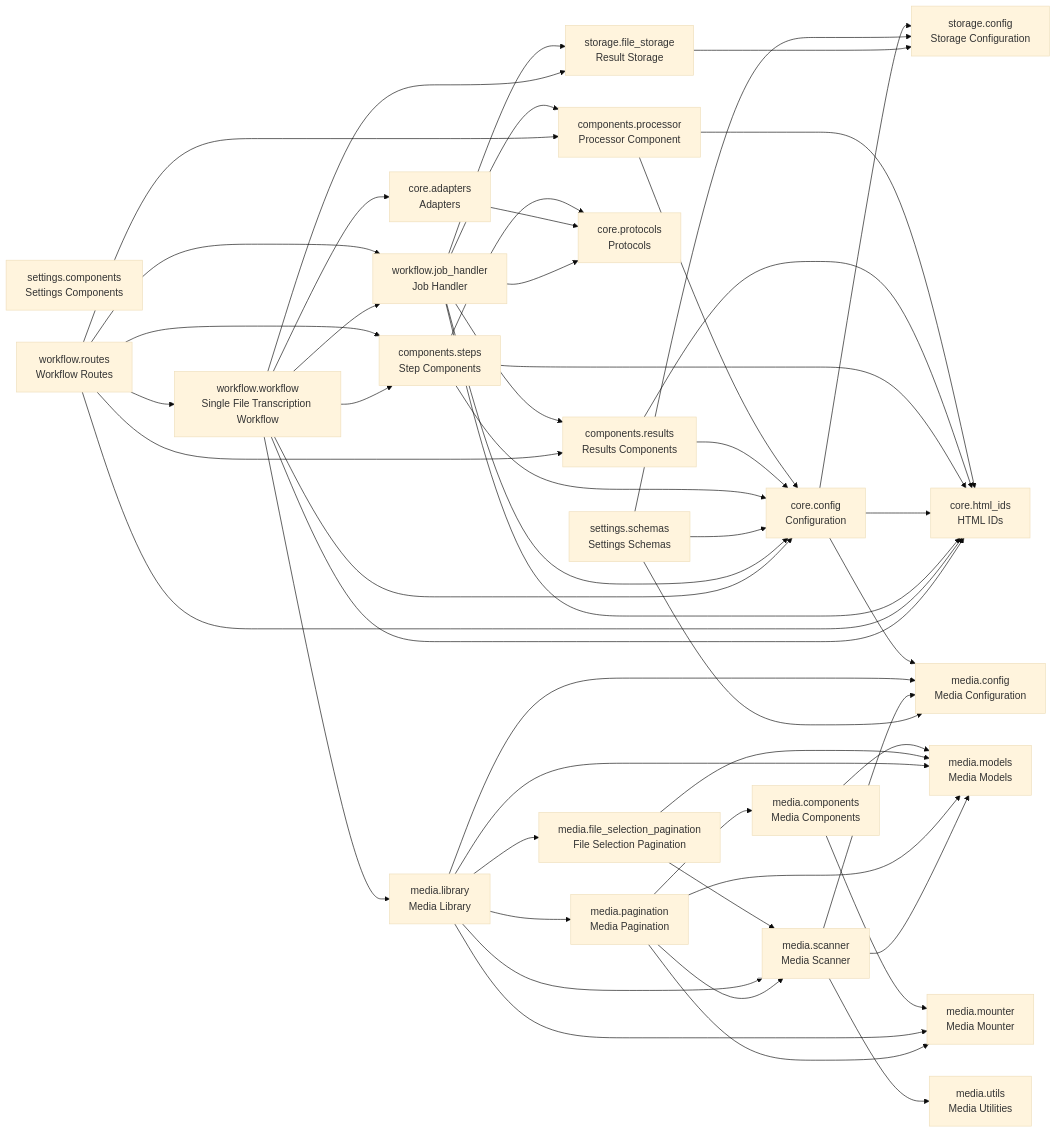
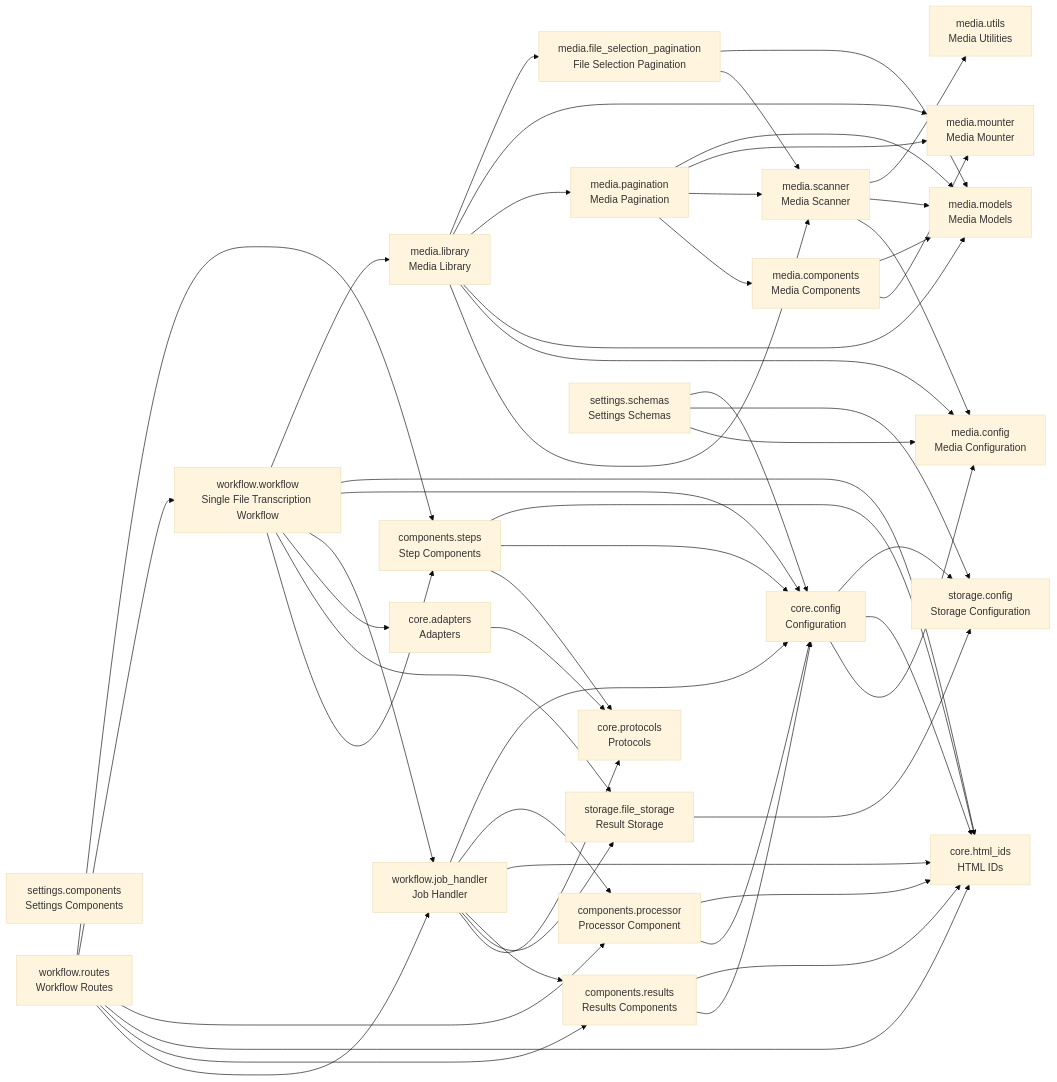
One commit to cj-mills/cjm-fasthtml-workflow-transcription-single-file changed the diagram in README.md. Above: the diagram before and after it, drawn with Mermaid (base theme). The commit also changed other lines of this file and 4 other files, not shown here.

````diff
--- a/README.md
+++ b/README.md
@@ -49,78 +49,78 @@
 ``` mermaid
 graph LR
     components_processor[components.processor<br/>Processor Component]
     components_results[components.results<br/>Results Components]
     components_steps[components.steps<br/>Step Components]
     core_adapters[core.adapters<br/>Adapters]
     core_config[core.config<br/>Configuration]
     core_html_ids[core.html_ids<br/>HTML IDs]
     core_protocols[core.protocols<br/>Protocols]
     media_components[media.components<br/>Media Components]
     media_config[media.config<br/>Media Configuration]
     media_file_selection_pagination[media.file_selection_pagination<br/>File Selection Pagination]
     media_library[media.library<br/>Media Library]
     media_models[media.models<br/>Media Models]
     media_mounter[media.mounter<br/>Media Mounter]
     media_pagination[media.pagination<br/>Media Pagination]
     media_scanner[media.scanner<br/>Media Scanner]
     media_utils[media.utils<br/>Media Utilities]
     settings_components[settings.components<br/>Settings Components]
     settings_schemas[settings.schemas<br/>Settings Schemas]
     storage_config[storage.config<br/>Storage Configuration]
     storage_file_storage[storage.file_storage<br/>Result Storage]
     workflow_job_handler[workflow.job_handler<br/>Job Handler]
     workflow_routes[workflow.routes<br/>Workflow Routes]
     workflow_workflow[workflow.workflow<br/>Single File Transcription Workflow]
 
     components_processor --> core_config
     components_processor --> core_html_ids
     components_results --> core_config
     components_results --> core_html_ids
     components_steps --> core_protocols
     components_steps --> core_config
     components_steps --> core_html_ids
     core_adapters --> core_protocols
+    core_config --> media_config
     core_config --> core_html_ids
-    core_config --> media_config
     core_config --> storage_config
+    media_components --> media_mounter
     media_components --> media_models
-    media_components --> media_mounter
+    media_file_selection_pagination --> media_scanner
     media_file_selection_pagination --> media_models
-    media_file_selection_pagination --> media_scanner
+    media_library --> media_scanner
+    media_library --> media_config
+    media_library --> media_models
     media_library --> media_pagination
-    media_library --> media_config
+    media_library --> media_mounter
     media_library --> media_file_selection_pagination
-    media_library --> media_mounter
-    media_library --> media_models
-    media_library --> media_scanner
+    media_pagination --> media_components
+    media_pagination --> media_scanner
+    media_pagination --> media_mounter
     media_pagination --> media_models
-    media_pagination --> media_components
-    media_pagination --> media_mounter
-    media_pagination --> media_scanner
     media_scanner --> media_config
+    media_scanner --> media_models
     media_scanner --> media_utils
-    media_scanner --> media_models
+    settings_schemas --> media_config
+    settings_schemas --> storage_config
     settings_schemas --> core_config
-    settings_schemas --> storage_config
-    settings_schemas --> media_config
     storage_file_storage --> storage_config
+    workflow_job_handler --> core_protocols
+    workflow_job_handler --> storage_file_storage
+    workflow_job_handler --> components_results
+    workflow_job_handler --> core_html_ids
+    workflow_job_handler --> components_processor
     workflow_job_handler --> core_config
-    workflow_job_handler --> storage_file_storage
-    workflow_job_handler --> core_html_ids
-    workflow_job_handler --> core_protocols
-    workflow_job_handler --> components_processor
-    workflow_job_handler --> components_results
+    workflow_routes --> workflow_job_handler
+    workflow_routes --> components_results
+    workflow_routes --> core_html_ids
+    workflow_routes --> components_processor
     workflow_routes --> workflow_workflow
-    workflow_routes --> core_html_ids
-    workflow_routes --> workflow_job_handler
-    workflow_routes --> components_processor
-    workflow_routes --> components_results
     workflow_routes --> components_steps
+    workflow_workflow --> components_steps
     workflow_workflow --> storage_file_storage
+    workflow_workflow --> core_adapters
     workflow_workflow --> workflow_job_handler
-    workflow_workflow --> core_adapters
     workflow_workflow --> core_config
-    workflow_workflow --> components_steps
     workflow_workflow --> core_html_ids
     workflow_workflow --> media_library
 ```
````
